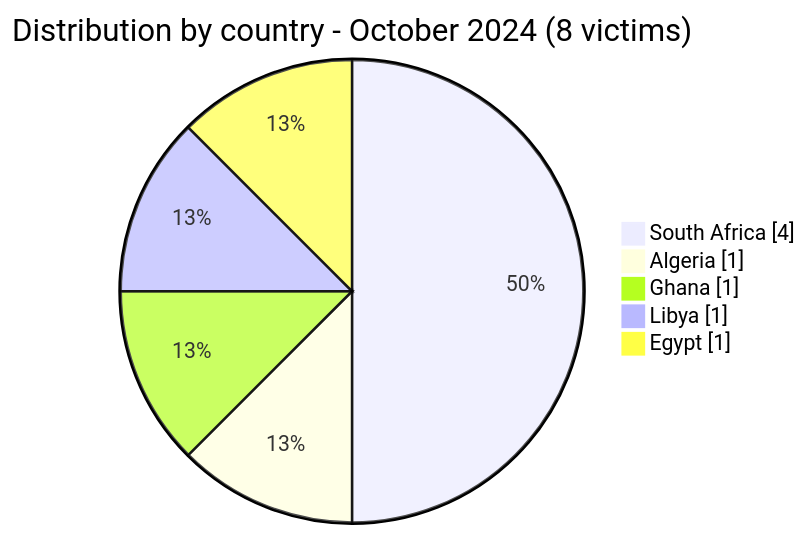
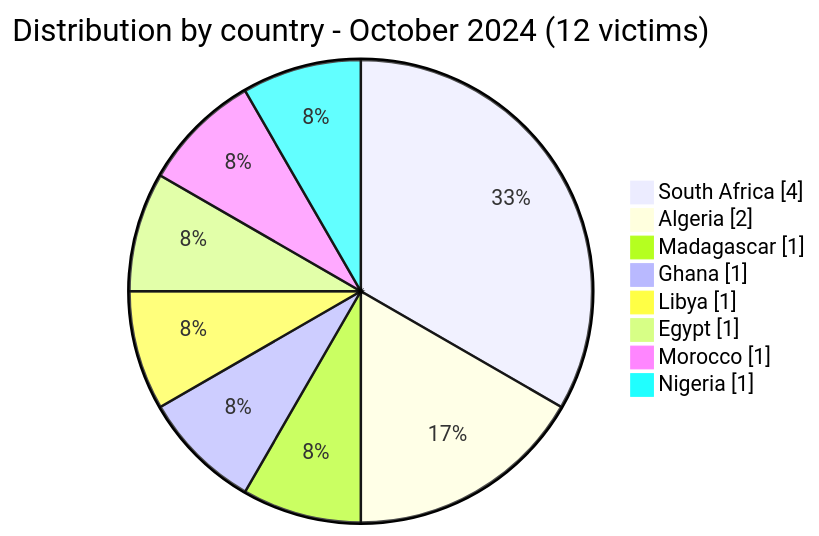
The second of 5 diagrams in CyberAttackAfrica/2024/10-october/README.md (Hatchepsoute/AFRINTEL), drawn with Mermaid before and after one commit. The commit also changed other lines of this file and 255 other files, not shown here.

````diff
--- a/CyberAttackAfrica/2024/10-october/README.md
+++ b/CyberAttackAfrica/2024/10-october/README.md
@@ -66,9 +77,12 @@
 ```mermaid
 pie showData
-    title Distribution by country - October 2024 (8 victims)
+    title Distribution by country - October 2024 (12 victims)
     "South Africa" : 4
-    "Algeria" : 1
+    "Algeria" : 2
+    "Madagascar" : 1
     "Ghana" : 1
     "Libya" : 1
     "Egypt" : 1
+    "Morocco" : 1
+    "Nigeria" : 1
 ```
````
